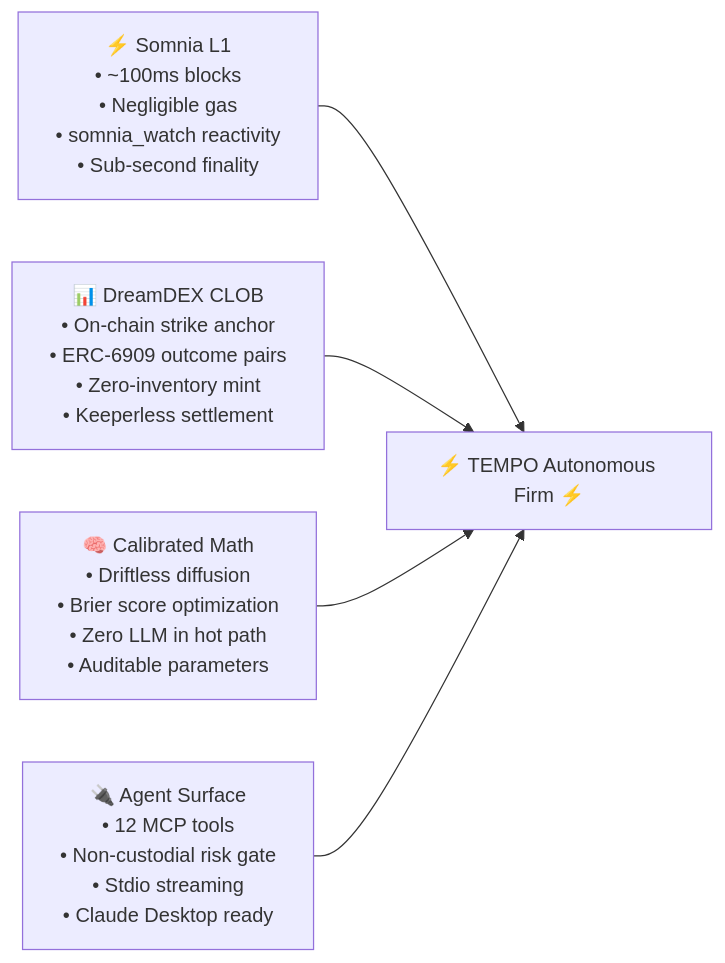
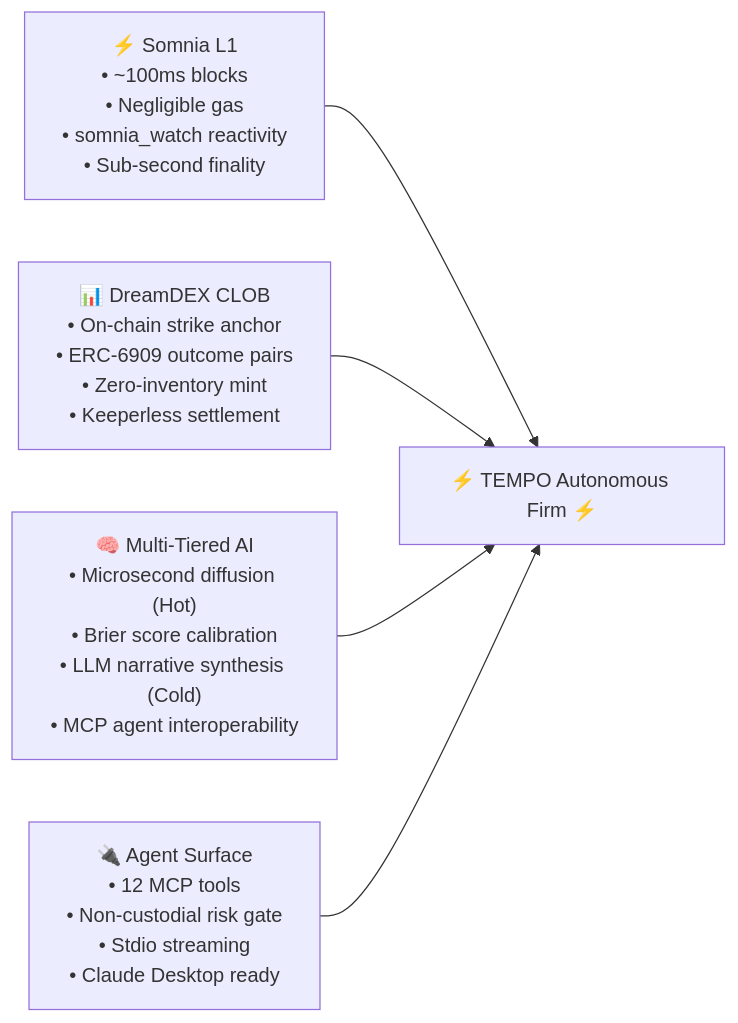
Before and after one commit to Kevincruz2005/Tempo: the first of 3 diagrams in README.md, drawn with Mermaid. The commit also changed other lines of this file and 1 other file, not shown here.

Commit message:
docs: elevate multi-tiered AI architecture and production links

````diff
--- a/README.md
+++ b/README.md
@@ -129,12 +132,12 @@
 ```mermaid
 flowchart LR
     Somnia["⚡ Somnia L1<br/>• ~100ms blocks<br/>• Negligible gas<br/>• somnia_watch reactivity<br/>• Sub-second finality"]
     DreamDEX["📊 DreamDEX CLOB<br/>• On-chain strike anchor<br/>• ERC-6909 outcome pairs<br/>• Zero-inventory mint<br/>• Keeperless settlement"]
-    AI["🧠 Calibrated Math<br/>• Driftless diffusion<br/>• Brier score optimization<br/>• Zero LLM in hot path<br/>• Auditable parameters"]
+    AI["🧠 Multi-Tiered AI<br/>• Microsecond diffusion (Hot)<br/>• Brier score calibration<br/>• LLM narrative synthesis (Cold)<br/>• MCP agent interoperability"]
     MCP["🔌 Agent Surface<br/>• 12 MCP tools<br/>• Non-custodial risk gate<br/>• Stdio streaming<br/>• Claude Desktop ready"]
 
     Somnia --> TEMPO["⚡ TEMPO Autonomous Firm ⚡"]
     DreamDEX --> TEMPO
     AI --> TEMPO
     MCP --> TEMPO
 ```
````
